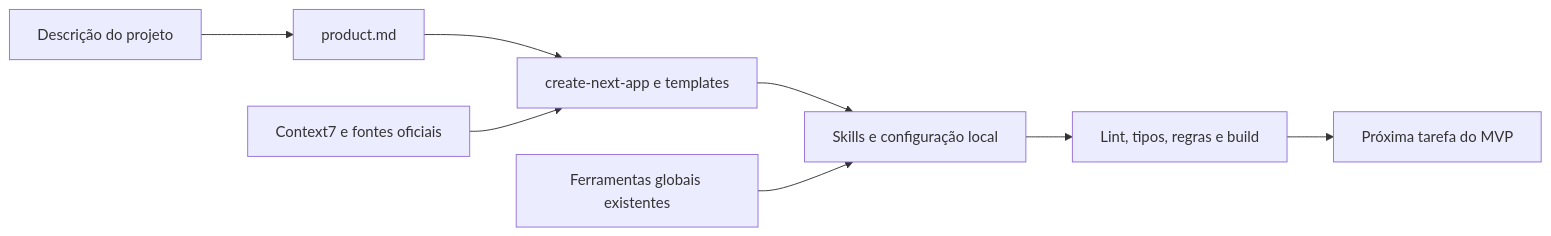
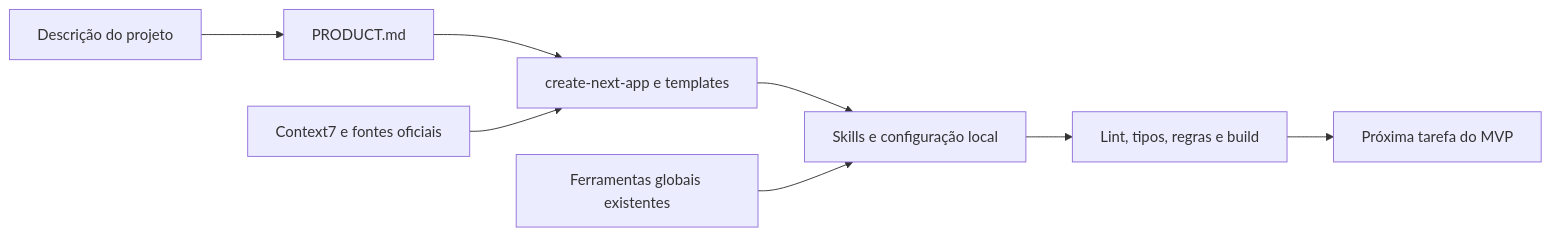
Before and after one commit to Aldoo763/vibe-coding-toolkit: the diagram in README.md, drawn with Mermaid. The commit also changed other lines of this file and 40 other files, not shown here.

````diff
--- a/README.md
+++ b/README.md
@@ -129,10 +129,10 @@
 ```mermaid
 flowchart LR
-    Ideia[Descrição do projeto] --> Produto[product.md]
+    Ideia[Descrição do projeto] --> Produto[PRODUCT.md]
     Produto --> Base[create-next-app e templates]
     Base --> Local[Skills e configuração local]
     Local --> Checks[Lint, tipos, regras e build]
     Checks --> MVP[Próxima tarefa do MVP]
     Global[Ferramentas globais existentes] --> Local
     Docs[Context7 e fontes oficiais] --> Base
 ```
````
